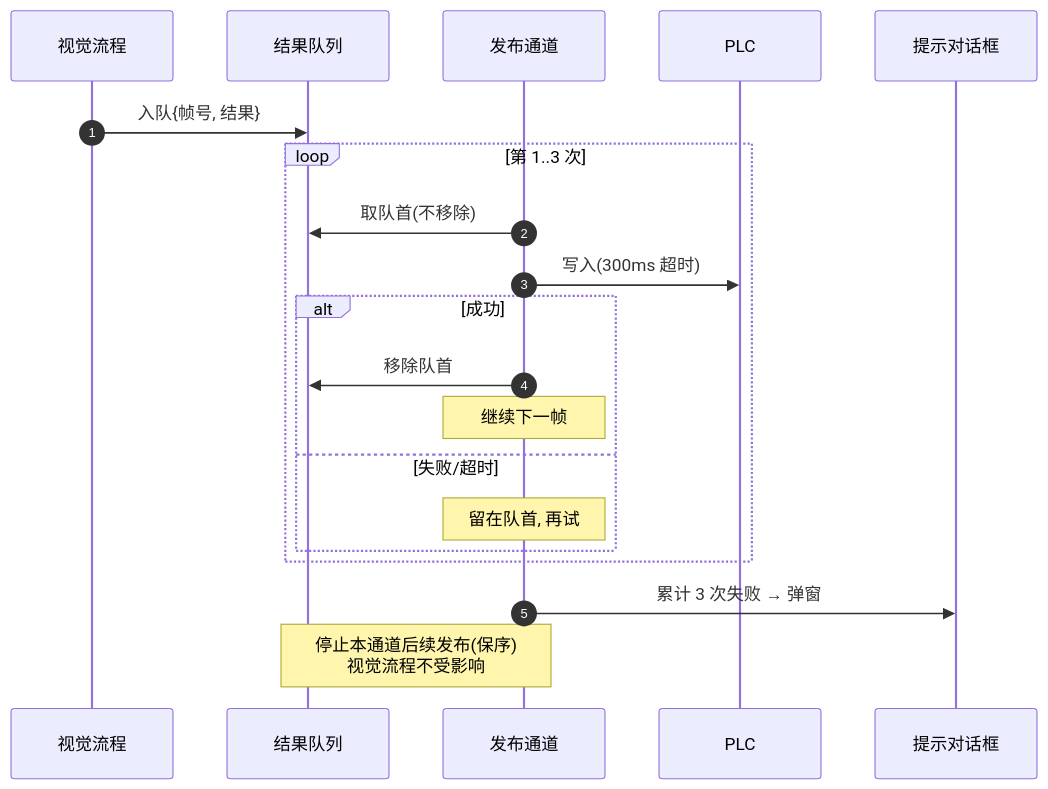
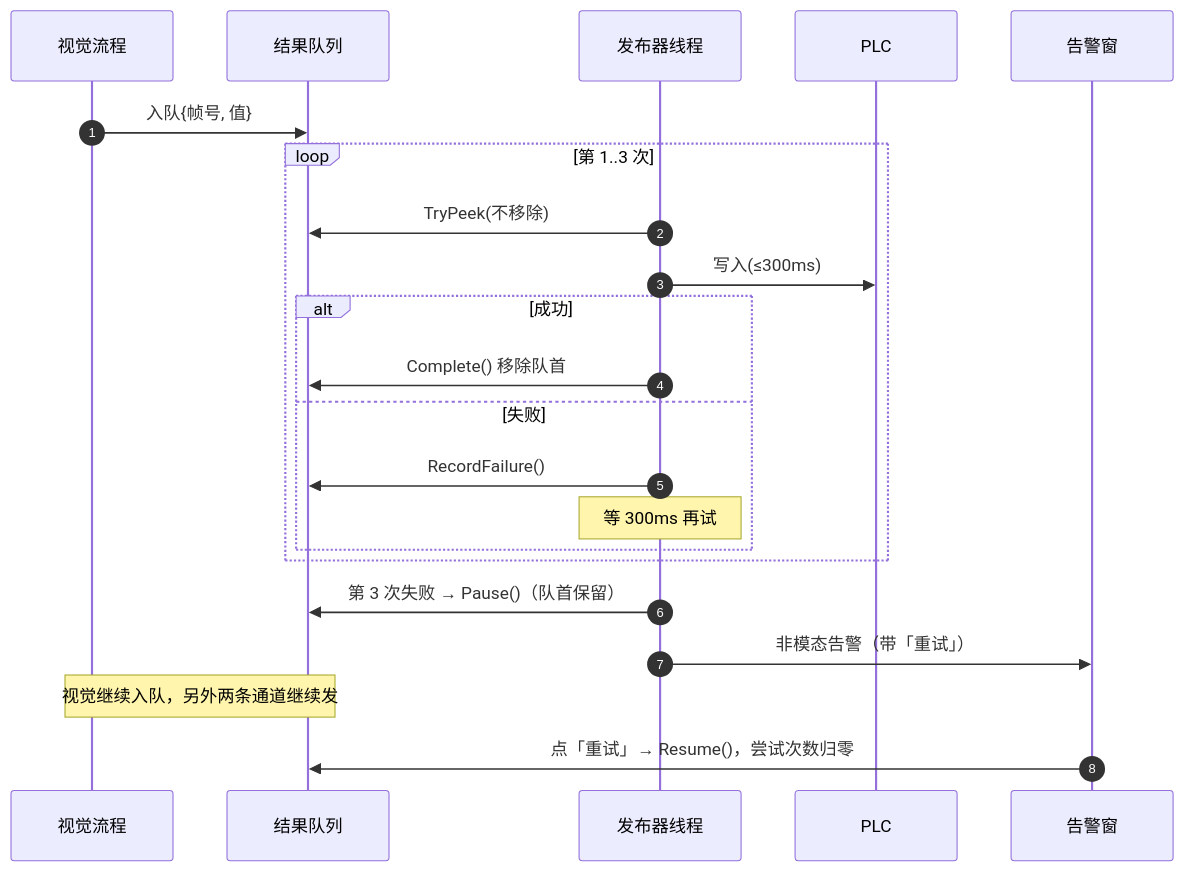
One commit to HowieKwok/die-cutter changed the fifth of 6 diagrams in docs/五金模切_帧队列与PLC发布设计.md. Above: the diagram before and after it, drawn with Mermaid. The commit also changed other lines of this file, not shown here.

````diff
--- a/docs/五金模切_帧队列与PLC发布设计.md
+++ b/docs/五金模切_帧队列与PLC发布设计.md
@@ -381,23 +552,25 @@
 ```mermaid
 sequenceDiagram
     autonumber
     participant V as 视觉流程
     participant Q as 结果队列
-    participant S as 发布通道
-    participant PLC
-    participant UI as 提示对话框
+    participant S as 发布器线程
+    participant PLC as PLC
+    participant UI as 告警窗
 
-    V->>Q: 入队{帧号, 结果}
+    V->>Q: 入队{帧号, 值}
     loop 第 1..3 次
-        S->>Q: 取队首(不移除)
-        S->>PLC: 写入(300ms 超时)
+        S->>Q: TryPeek(不移除)
+        S->>PLC: 写入(≤300ms)
         alt 成功
-            S->>Q: 移除队首
-            Note over S: 继续下一帧
-        else 失败/超时
-            Note over S: 留在队首, 再试
+            S->>Q: Complete() 移除队首
+        else 失败
+            S->>Q: RecordFailure()
+            Note over S: 等 300ms 再试
         end
     end
-    S->>UI: 累计 3 次失败 → 弹窗
-    Note over S,Q: 停止本通道后续发布(保序)<br/>视觉流程不受影响
+    S->>Q: 第 3 次失败 → Pause()（队首保留）
+    S->>UI: 非模态告警（带「重试」）
+    Note over V,Q: 视觉继续入队，另外两条通道继续发
+    UI->>Q: 点「重试」→ Resume()，尝试次数归零
 ```
````
